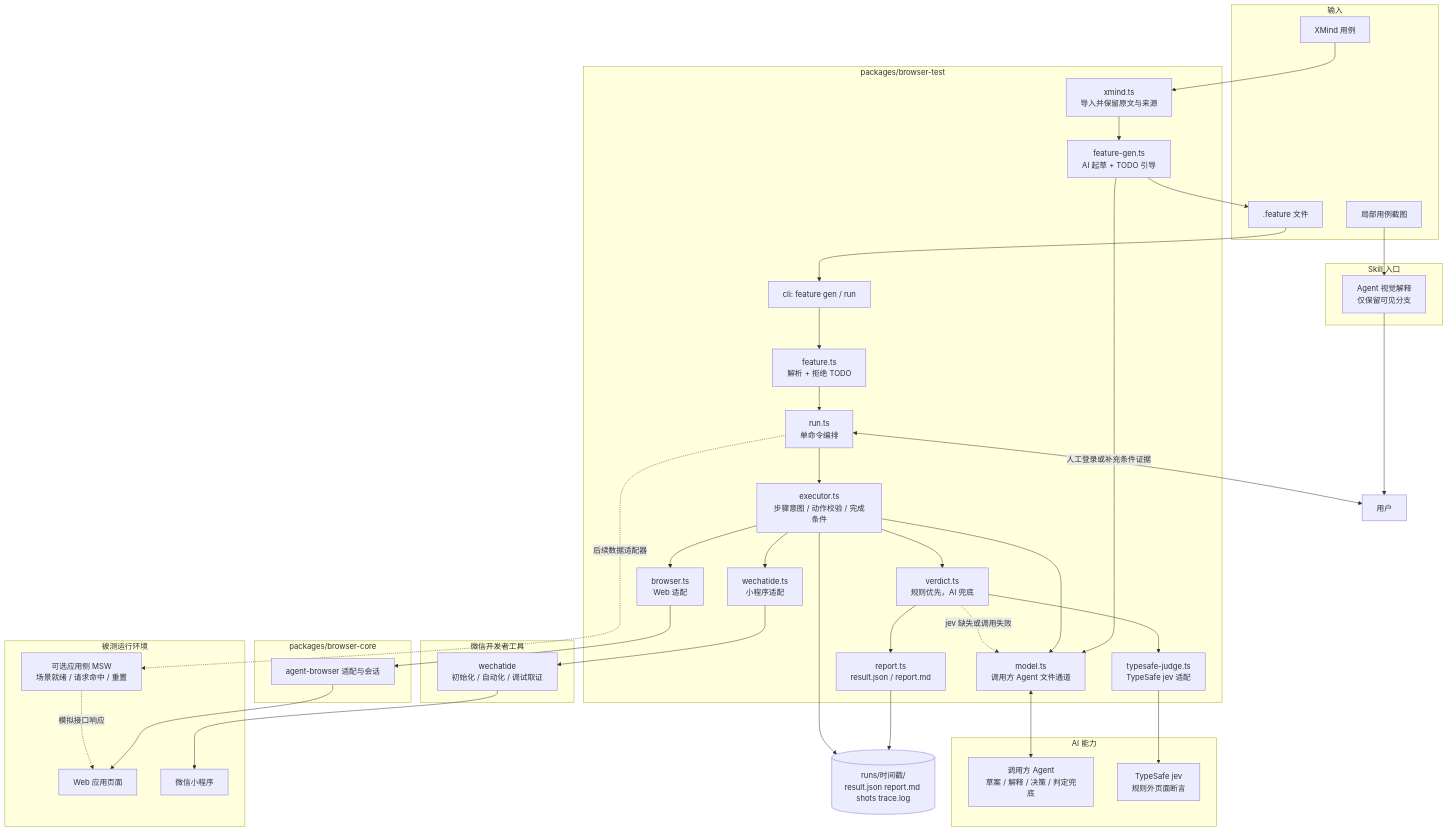
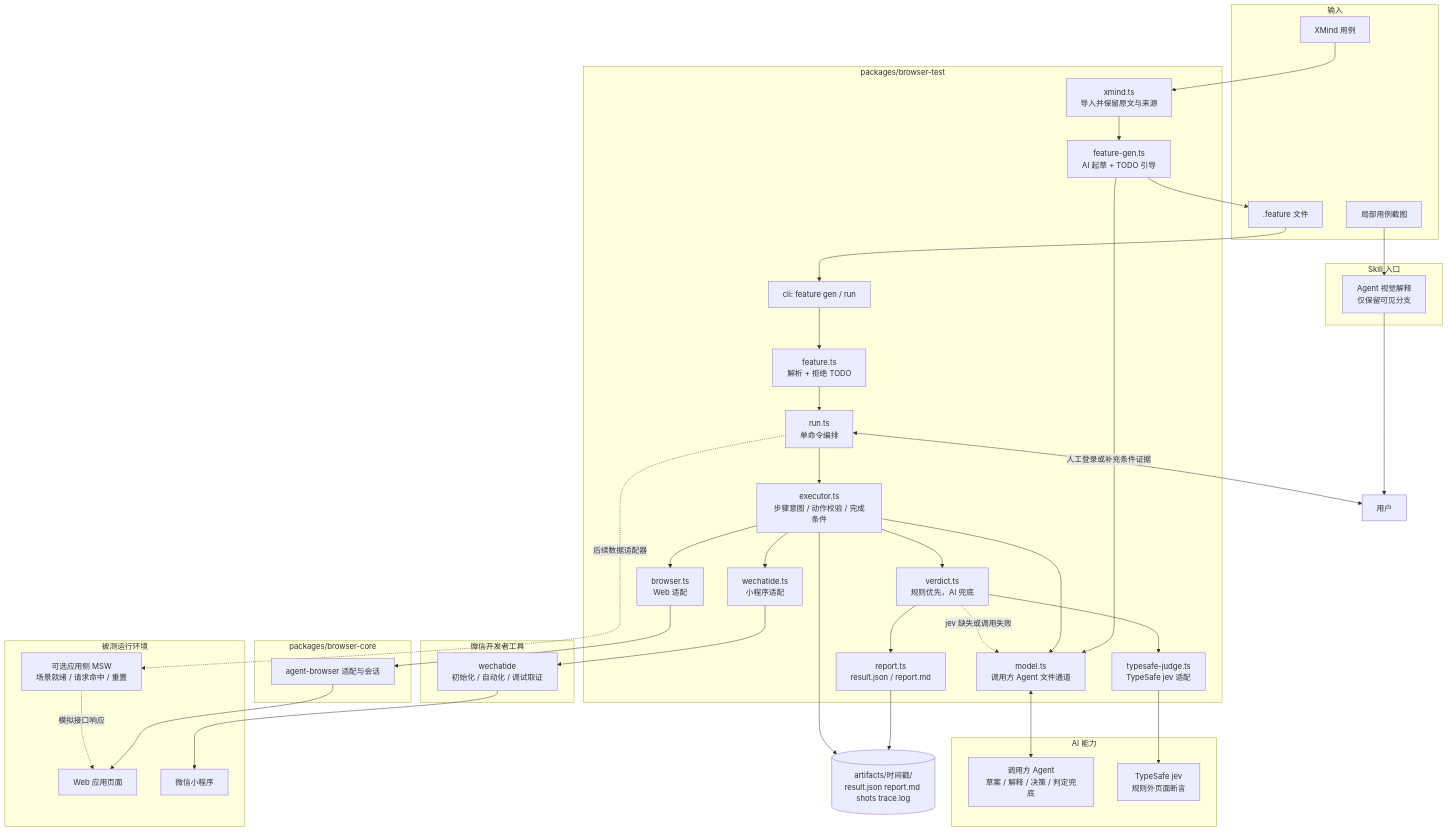
Before and after one commit to Mone-Lee/browser-automated: the first of 4 diagrams in docs/browser-test-technical-plan.md, drawn with Mermaid. The commit also changed other lines of this file and 2 other files, not shown here.

````diff
--- a/docs/browser-test-technical-plan.md
+++ b/docs/browser-test-technical-plan.md
@@ -42,67 +42,67 @@
 ```mermaid
 flowchart TB
     subgraph Input[输入]
         XM[XMind 用例]
         IM[局部用例截图]
         FE[.feature 文件]
     end
 
     subgraph Skill[Skill 入口]
         VI[Agent 视觉解释<br/>仅保留可见分支]
     end
 
     subgraph BT[packages/browser-test]
         CLI[cli: feature gen / run]
         XI[xmind.ts<br/>导入并保留原文与来源]
         FG[feature-gen.ts<br/>AI 起草 + TODO 引导]
         FP[feature.ts<br/>解析 + 拒绝 TODO]
         AM[model.ts<br/>调用方 Agent 文件通道]
         RUN[run.ts<br/>单命令编排]
         EX[executor.ts<br/>步骤意图 / 动作校验 / 完成条件]
         BR[browser.ts<br/>Web 适配]
         WX[wechatide.ts<br/>小程序适配]
         TJ[typesafe-judge.ts<br/>TypeSafe jev 适配]
         VD[verdict.ts<br/>规则优先，AI 兜底]
         RP[report.ts<br/>result.json / report.md]
     end
 
     subgraph AI[AI 能力]
         CA[调用方 Agent<br/>草案 / 解释 / 决策 / 判定兜底]
         JEV[TypeSafe jev<br/>规则外页面断言]
     end
 
     subgraph Core[packages/browser-core]
         AB[agent-browser 适配与会话]
     end
 
     subgraph DevTools[微信开发者工具]
         WI[wechatide<br/>初始化 / 自动化 / 调试取证]
     end
 
     subgraph Biz[被测运行环境]
         APP[Web 应用页面]
         MP[微信小程序]
         MOCK[可选应用侧 MSW<br/>场景就绪 / 请求命中 / 重置]
     end
 
-    OUT[(runs/时间戳/<br/>result.json report.md shots trace.log)]
+    OUT[(artifacts/时间戳/<br/>result.json report.md shots trace.log)]
 
     XM --> XI --> FG --> FE
     IM --> VI --> U
     FE --> CLI
     FG --> AM
     AM <--> CA
     CLI --> FP --> RUN
     RUN <-->|人工登录或补充条件证据| U[用户]
     RUN --> EX
     EX --> AM
     EX --> BR --> AB --> APP
     EX --> WX --> WI --> MP
     EX --> VD
     VD --> TJ --> JEV
     VD -. jev 缺失或调用失败 .-> AM
     VD --> RP --> OUT
     EX --> OUT
     RUN -. 后续数据适配器 .-> MOCK
     MOCK -. 模拟接口响应 .-> APP
 ```
````
